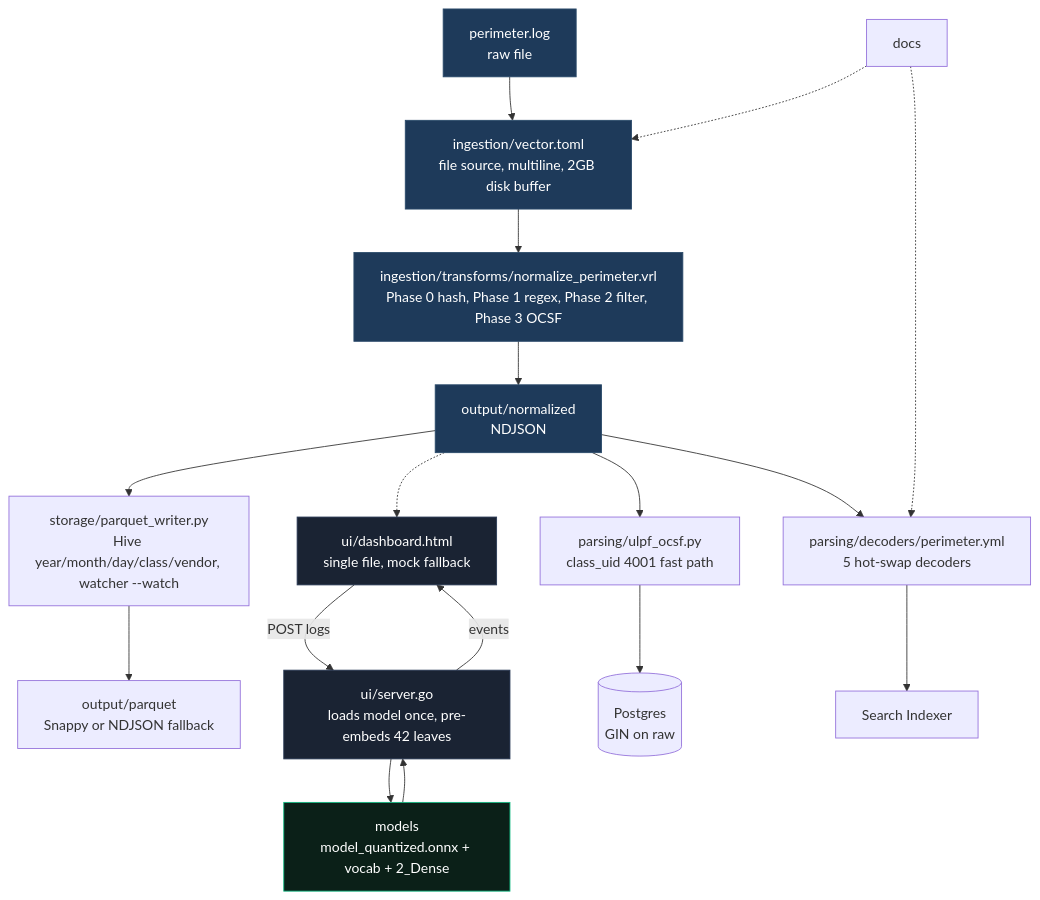
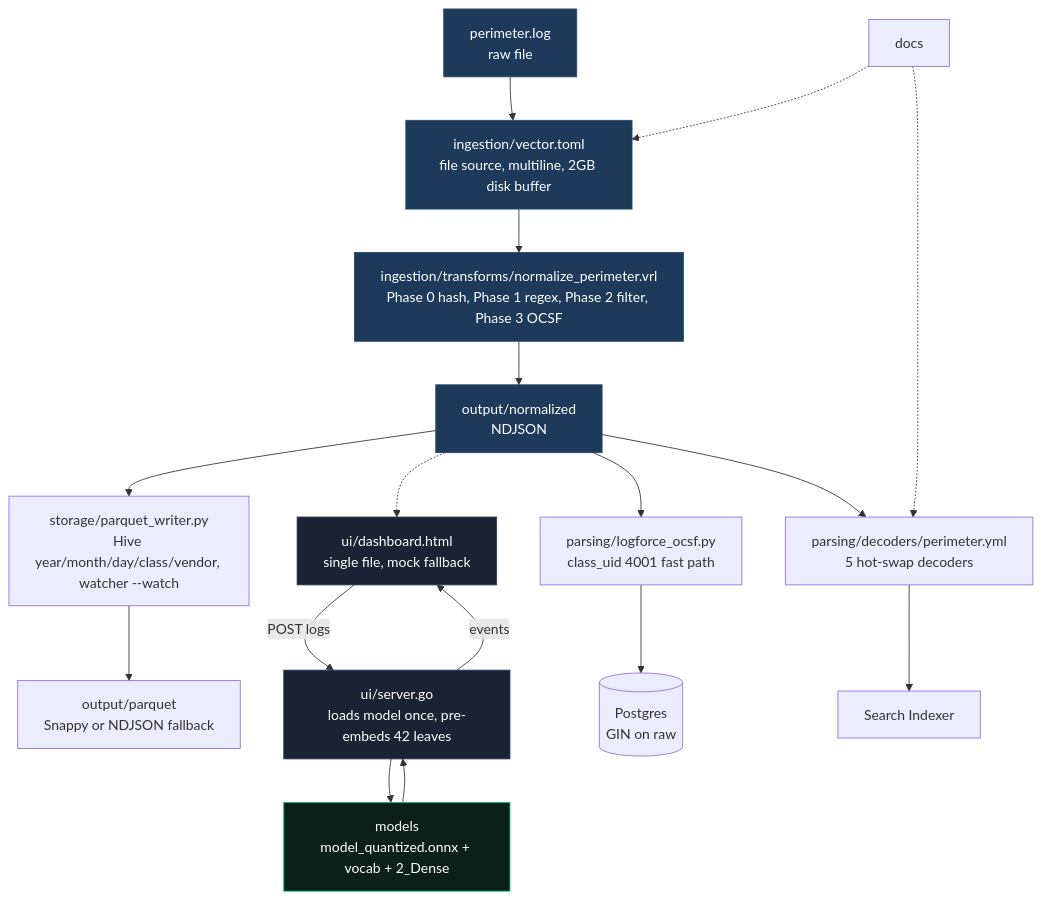
Before and after one commit to LusterSourav/logforce: the diagram in docs/SYSTEM_DESIGN.md, drawn with Mermaid. The commit also changed other lines of this file and 43 other files, not shown here.

````diff
--- a/docs/SYSTEM_DESIGN.md
+++ b/docs/SYSTEM_DESIGN.md
@@ -45,25 +45,25 @@
 ```mermaid
 flowchart TB
   PLOG[perimeter.log<br/>raw file] --> VEC[ingestion/vector.toml<br/>file source, multiline, 2GB disk buffer]
   VEC --> VRL[ingestion/transforms/normalize_perimeter.vrl<br/>Phase 0 hash, Phase 1 regex, Phase 2 filter, Phase 3 OCSF]
   VRL --> ND[output/normalized<br/>NDJSON]
   ND --> STO[storage/parquet_writer.py<br/>Hive year/month/day/class/vendor, watcher --watch]
   STO --> PAR[output/parquet<br/>Snappy or NDJSON fallback]
   ND -.-> UI[ui/dashboard.html<br/>single file, mock fallback]
   UI -->|POST logs| API[ui/server.go<br/>loads model once, pre-embeds 42 leaves]
   API --> MOD[models<br/>model_quantized.onnx + vocab + 2_Dense]
   MOD --> API
   API -->|events| UI
-  ND --> PARSE[parsing/ulpf_ocsf.py<br/>class_uid 4001 fast path]
+  ND --> PARSE[parsing/logforce_ocsf.py<br/>class_uid 4001 fast path]
   ND --> DEC[parsing/decoders/perimeter.yml<br/>5 hot-swap decoders]
   DEC --> WAZ[Search Indexer]
   PARSE --> PG[(Postgres<br/>GIN on raw)]
   DOC[docs] -.-> VEC
   DOC -.-> DEC
   classDef ingest fill:#1E3A5A,stroke:#2A4A6A,color:#fff
   classDef model fill:#0B2018,stroke:#10B981,color:#fff
   classDef ui fill:#1A2333,stroke:#2A3A56,color:#fff
   class PLOG,VEC,VRL,ND ingest
   class MOD model
   class UI,API ui
 ```
````
